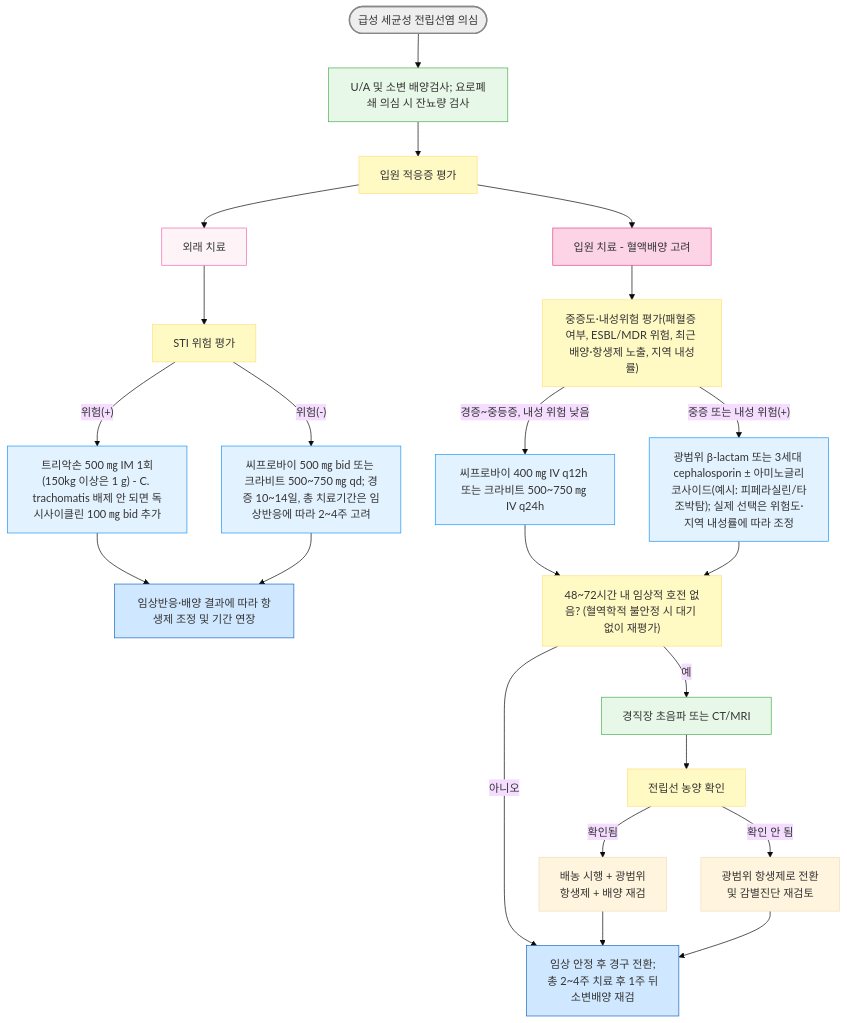
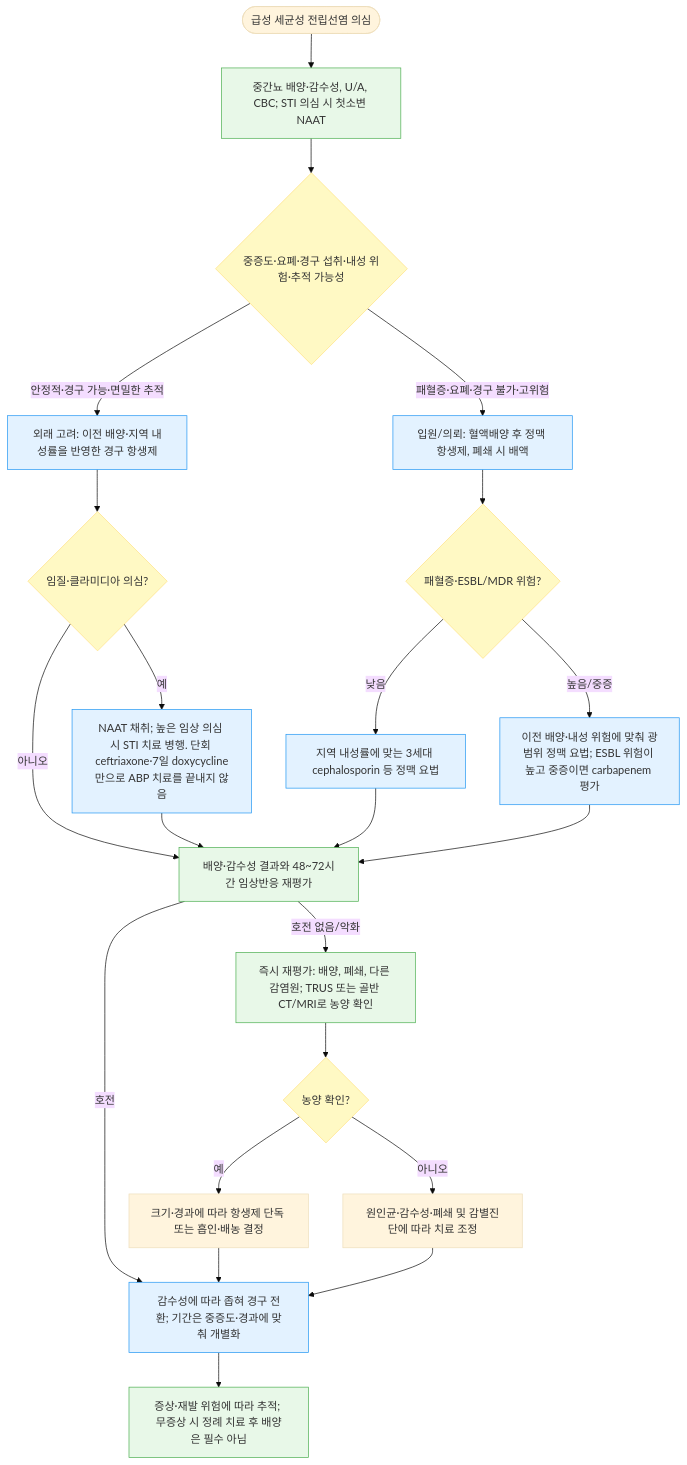
Before and after one commit to familyoh77/familyoh77: the first of 2 diagrams in 227_/120_-prostatitis.md, drawn with Mermaid (base theme). The commit also changed other lines of this file and 2 other files, not shown here.

````diff
--- a/227_/120_-prostatitis.md
+++ b/227_/120_-prostatitis.md
@@ -195,37 +195,30 @@
 ```mermaid
 graph TD
-    Start(["급성 세균성 전립선염 의심"]) --> UA["U/A 및 소변 배양검사; 요로폐쇄 의심 시 잔뇨량 검사"]
-    UA --> AdmitQ["입원 적응증 평가"]
-    AdmitQ --> OPD["외래 치료"]
-    AdmitQ --> IPD["입원 치료 - 혈액배양 고려"]
-    OPD --> STIQ["STI 위험 평가"]
-    STIQ -->|"위험(+)"| Rx1["트리악손 500 ㎎ IM 1회(150kg 이상은 1 g) - C. trachomatis 배제 안 되면 독시사이클린 100 ㎎ bid 추가"]
-    STIQ -->|"위험(-)"| Rx2["씨프로바이 500 ㎎ bid 또는 크라비트 500~750 ㎎ qd; 경증 10~14일, 총 치료기간은 임상반응에 따라 2~4주 고려"]
-    Rx1 --> F1["임상반응·배양 결과에 따라 항생제 조정 및 기간 연장"]
-    Rx2 --> F1
-    IPD --> SevQ["중증도·내성위험 평가(패혈증 여부, ESBL/MDR 위험, 최근 배양·항생제 노출, 지역 내성률)"]
-    SevQ -->|"경증~중등증, 내성 위험 낮음"| Rx3["씨프로바이 400 ㎎ IV q12h 또는 크라비트 500~750 ㎎ IV q24h"]
-    SevQ -->|"중증 또는 내성 위험(+)"| Rx4["광범위 β-lactam 또는 3세대 cephalosporin ± 아미노글리코사이드(예시: 피페라실린/타조박탐); 실제 선택은 위험도·지역 내성률에 따라 조정"]
-    Rx3 --> RespQ["48~72시간 내 임상적 호전 없음? (혈역학적 불안정 시 대기 없이 재평가)"]
-    Rx4 --> RespQ
-    RespQ -->|"아니오"| Stable["임상 안정 후 경구 전환; <br/>총 2~4주 치료 후 1주 뒤<br/> 소변배양 재검"]
-    RespQ -->|"예"| Img["경직장 초음파 또는 CT/MRI"]
-    Img --> AbsQ["전립선 농양 확인"]
-    AbsQ -->|"확인됨"| Drain["배농 시행 + 광범위 <br/>항생제 + 배양 재검"]
-    AbsQ -->|"확인 안 됨"| Broaden["광범위 항생제로 전환<br/> 및 감별진단 재검토"]
-    Drain --> Stable
-    Broaden --> Stable
-
-style Start fill:#eeeeee,stroke:#888888,stroke-width:2px
-classDef yellow fill:#fff9c4,stroke:#ffe082
-class AdmitQ,STIQ,SevQ,RespQ,AbsQ yellow
-style OPD fill:#fef4f8,stroke:#f06baf
-style IPD fill:#fcd4e6,stroke:#e0448e
-classDef sky fill:#e3f2ff,stroke:#2196f3
-class Rx1,Rx2,Rx3,Rx4 sky
-classDef blue fill:#d0e8ff,stroke:#1a6abf
-class F1,Stable blue
-classDef lightGreen fill:#e8f8e8,stroke:#4caf50
-class UA,Img lightGreen
-
+    Start(["급성 세균성 전립선염 의심"]) --> Tests["중간뇨 배양·감수성, U/A, CBC; STI 의심 시 첫소변 NAAT"]
+    Tests --> Severity{"중증도·요폐·경구 섭취·내성 위험·추적 가능성"}
+    Severity -->|"안정적·경구 가능·면밀한 추적"| OPD["외래 고려: 이전 배양·지역 내성률을 반영한 경구 항생제"]
+    Severity -->|"패혈증·요폐·경구 불가·고위험"| IPD["입원/의뢰: 혈액배양 후 정맥 항생제, 폐쇄 시 배액"]
+    OPD --> STI{"임질·클라미디아 의심?"}
+    STI -->|"예"| AddSTI["NAAT 채취; 높은 임상 의심 시 STI 치료 병행. 단회 ceftriaxone·7일 doxycycline만으로 ABP 치료를 끝내지 않음"]
+    STI -->|"아니오"| Review["배양·감수성 결과와 48~72시간 임상반응 재평가"]
+    AddSTI --> Review
+    IPD --> Risk{"패혈증·ESBL/MDR 위험?"}
+    Risk -->|"낮음"| IV["지역 내성률에 맞는 3세대 cephalosporin 등 정맥 요법"]
+    Risk -->|"높음/중증"| Broad["이전 배양·내성 위험에 맞춰 광범위 정맥 요법; ESBL 위험이 높고 중증이면 carbapenem 평가"]
+    IV --> Review
+    Broad --> Review
+    Review -->|"호전"| Step["감수성에 따라 좁혀 경구 전환; 기간은 중증도·경과에 맞춰 개별화"]
+    Review -->|"호전 없음/악화"| Image["즉시 재평가: 배양, 폐쇄, 다른 감염원; TRUS 또는 골반 CT/MRI로 농양 확인"]
+    Image --> Abs{"농양 확인?"}
+    Abs -->|"예"| Drain["크기·경과에 따라 항생제 단독 또는 흡인·배농 결정"]
+    Abs -->|"아니오"| Revise["원인균·감수성·폐쇄 및 감별진단에 따라 치료 조정"]
+    Drain --> Step
+    Revise --> Step
+    Step --> Follow["증상·재발 위험에 따라 추적; 무증상 시 정례 치료 후 배양은 필수 아님"]
+    classDef decision fill:#fff9c4,stroke:#ffe082
+    class Severity,STI,Risk,Abs decision
+    classDef treatment fill:#e3f2ff,stroke:#2196f3
+    class OPD,IPD,IV,Broad,AddSTI,Step treatment
+    classDef evaluation fill:#e8f8e8,stroke:#4caf50
+    class Tests,Review,Image,Follow evaluation
 ```
````
